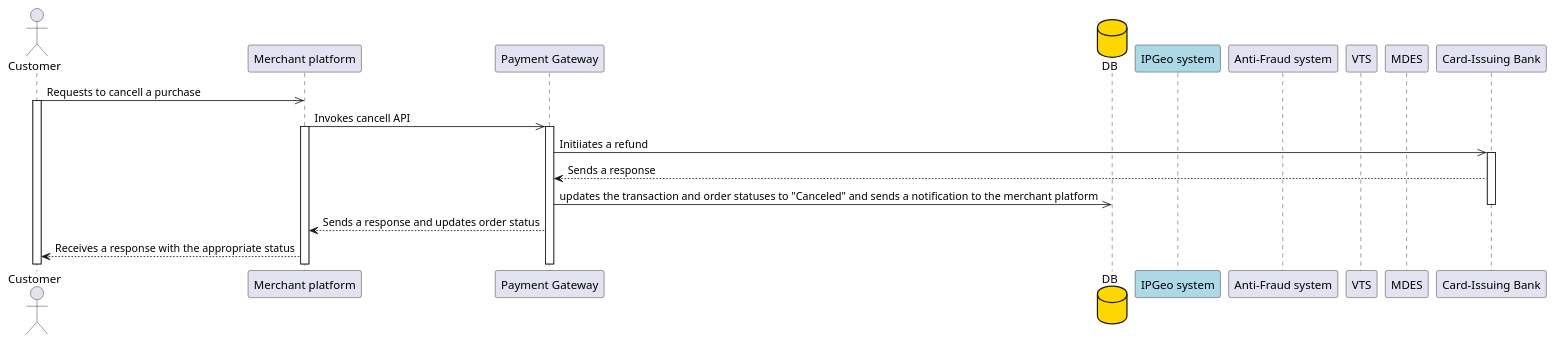
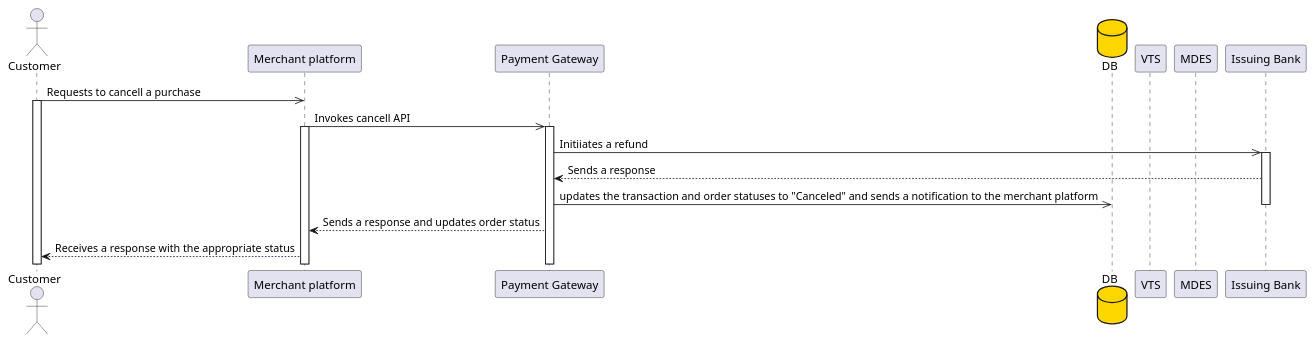
Before and after one commit to Hello-Stella/Solutions: the diagram in .idea/src/main/OpenApi/4.1.3 Purchase cancellation/purchase cancellation.puml, drawn with PlantUML. The commit also changed 6 other files, not shown here.

```diff
--- a/.idea/src/main/OpenApi/4.1.3 Purchase cancellation/purchase cancellation.puml
+++ b/.idea/src/main/OpenApi/4.1.3 Purchase cancellation/purchase cancellation.puml
@@ -1,29 +1,27 @@
 @startuml
 
 actor "Customer" as A
 participant "Merchant platform" as B
 participant "Payment Gateway" as C
 database DB  #gold
-participant "IPGeo system" as D #lightblue
-participant "Anti-Fraud system" as E
 participant "VTS" as F
 participant "MDES" as G
-participant "Card-Issuing Bank" as H
+participant "Issuing Bank" as H
 
 "A" ->> "B": Requests to cancell a purchase
 Activate A
 "B" ->> "C": Invokes cancell API
 Activate B
 Activate C
 "C" ->> "H": Initiiates a refund
 Activate H
 "C" <-- "H": Sends a response
 "C" ->> DB: updates the transaction and order statuses to "Canceled" and sends a notification to the merchant platform
 Deactivate H
 "B" <-- "C": Sends a response and updates order status
 "A" <-- "B": Receives a response with the appropriate status
 
 
 
 
 @enduml
```
